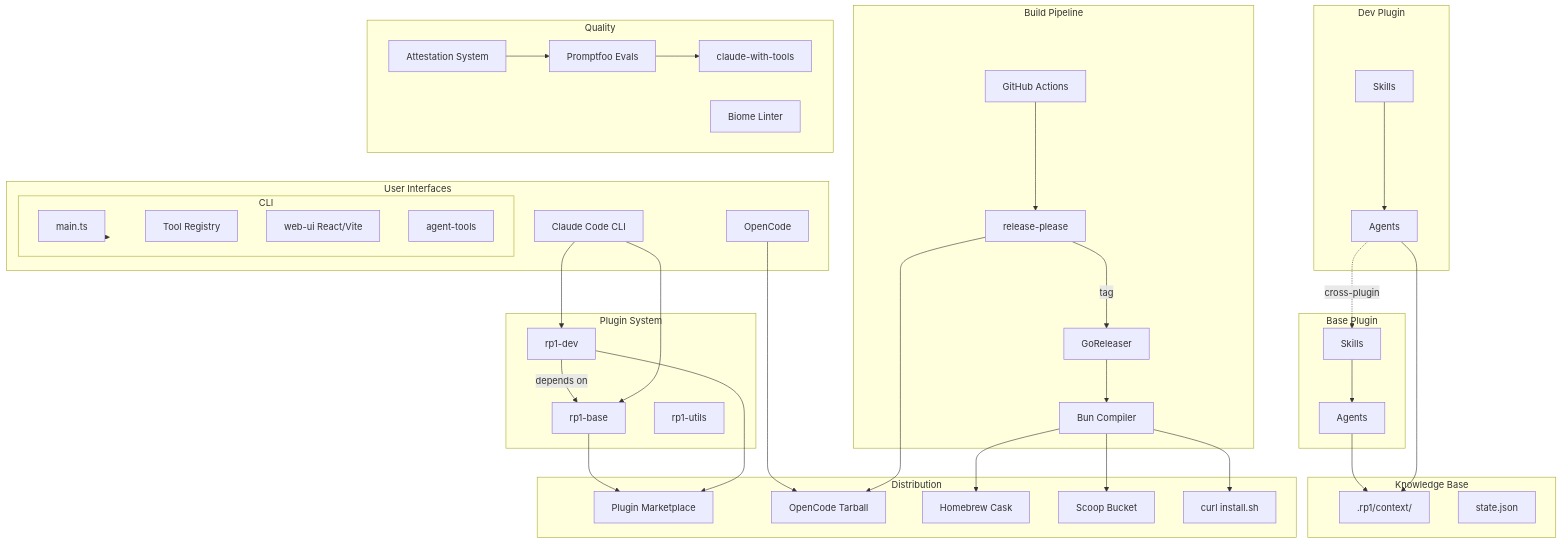
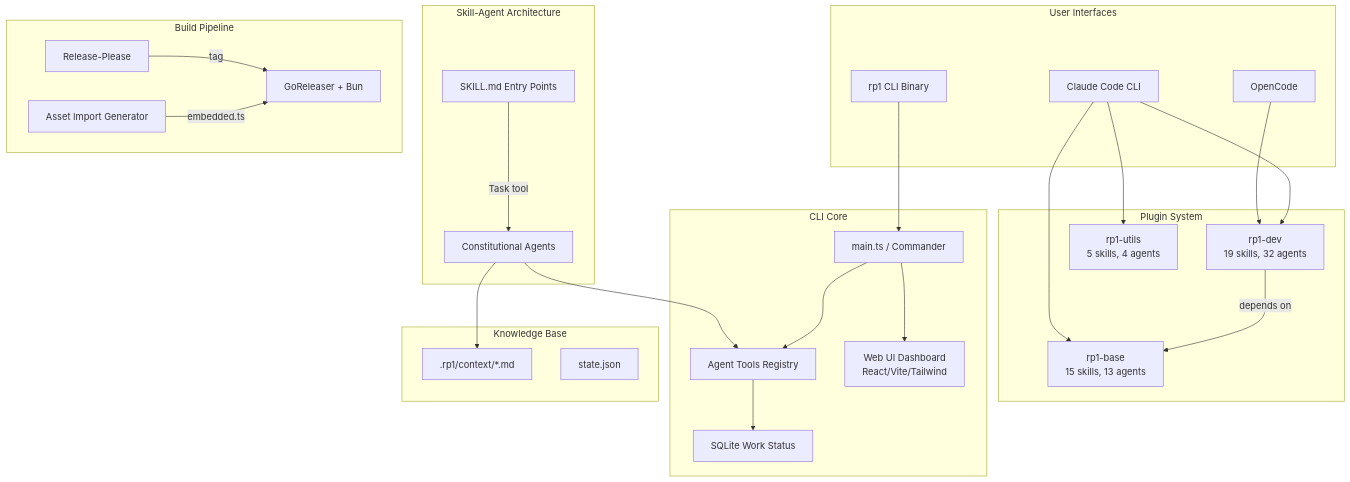
The diagram in .rp1/context/architecture.md (rp1-run/rp1), drawn with Mermaid before and after one commit. The commit also changed other lines of this file and 5 other files, not shown here.

````diff
--- a/.rp1/context/architecture.md
+++ b/.rp1/context/architecture.md
@@ -9,82 +9,52 @@
 ```mermaid
 graph TB
     subgraph "User Interfaces"
         CC[Claude Code CLI]
         OC[OpenCode]
-        CLI[rp1 CLI]
+        CLI[rp1 CLI Binary]
     end
 
     subgraph "Plugin System"
-        Base[rp1-base]
-        Dev[rp1-dev]
-        Utils[rp1-utils]
+        Base["rp1-base<br/>15 skills, 13 agents"]
+        Dev["rp1-dev<br/>19 skills, 32 agents"]
+        Utils["rp1-utils<br/>5 skills, 4 agents"]
         Dev -->|depends on| Base
     end
 
-    subgraph "Base Plugin"
-        BaseSkills[Skills]
-        BaseAgents[Agents]
-        BaseSkills --> BaseAgents
+    subgraph "Skill-Agent Architecture"
+        Skills[SKILL.md Entry Points]
+        Agents[Constitutional Agents]
+        Skills -->|Task tool| Agents
     end
 
-    subgraph "Dev Plugin"
-        DevSkills[Skills]
-        DevAgents[Agents]
-        DevSkills --> DevAgents
-        DevAgents -.->|cross-plugin| BaseSkills
-    end
-
-    subgraph "CLI"
-        CLIMain[main.ts]
-        ToolRegistry[Tool Registry]
-        WebUI[web-ui React/Vite]
-        AgentTools[agent-tools]
+    subgraph "CLI Core"
+        Main[main.ts / Commander]
+        AgentTools[Agent Tools Registry]
+        WebUI["Web UI Dashboard<br/>React/Vite/Tailwind"]
+        SQLite[SQLite Work Status]
+        Main --> AgentTools
+        Main --> WebUI
+        AgentTools --> SQLite
     end
 
     subgraph "Knowledge Base"
-        KB[.rp1/context/]
+        KB[".rp1/context/*.md"]
         State[state.json]
     end
 
     subgraph "Build Pipeline"
-        GHActions[GitHub Actions]
-        RP[release-please]
-        GR[GoReleaser]
-        Bun[Bun Compiler]
-        GHActions --> RP
+        RP[Release-Please]
+        GR[GoReleaser + Bun]
+        AssetGen[Asset Import Generator]
         RP -->|tag| GR
-        GR --> Bun
-    end
-
-    subgraph "Distribution"
-        Marketplace[Plugin Marketplace]
-        Tarball[OpenCode Tarball]
-        Homebrew[Homebrew Cask]
-        Scoop[Scoop Bucket]
-        Curl[curl install.sh]
-    end
-
-    subgraph "Quality"
-        Evals[Promptfoo Evals]
-        Attest[Attestation System]
-        Provider[claude-with-tools]
-        Biome[Biome Linter]
-        Evals --> Provider
-        Attest --> Evals
+        AssetGen -->|embedded.ts| GR
     end
 
     CC --> Base
     CC --> Dev
-    OC --> Tarball
-    CLI --> CLIMain
-
-    BaseAgents --> KB
-    DevAgents --> KB
-
-    Bun --> Homebrew
-    Bun --> Scoop
-    Bun --> Curl
-    Base --> Marketplace
-    Dev --> Marketplace
-    RP --> Tarball
+    CC --> Utils
+    OC --> Dev
+    CLI --> Main
+    Agents --> KB
+    Agents --> AgentTools
 ```
````
